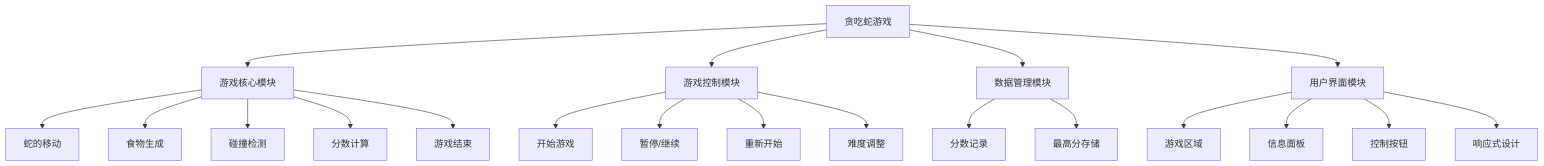
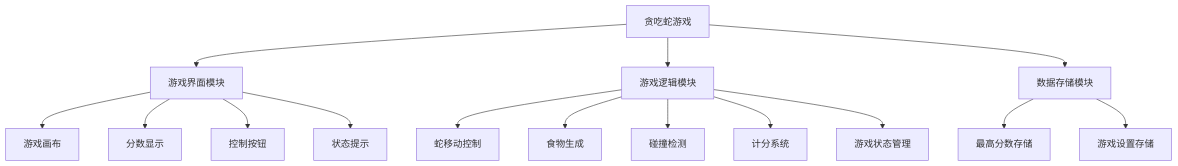
The first of 5 diagrams in 贪吃蛇游戏/需求管理/需求文档主文档/需求文档.md (BLACKck/PDdocs), drawn with Mermaid before and after one commit. The commit also changed other lines of this file and 95 other files, not shown here.

````diff
--- a/贪吃蛇游戏/需求管理/需求文档主文档/需求文档.md
+++ b/贪吃蛇游戏/需求管理/需求文档主文档/需求文档.md
@@ -29,26 +198,20 @@
 ```mermaid
 graph TD
-    A[贪吃蛇游戏] --> B[游戏核心模块]
-    A --> C[游戏控制模块]
-    A --> D[数据管理模块]
-    A --> E[用户界面模块]
+    A[贪吃蛇游戏] --> B[游戏界面模块]
+    A --> C[游戏逻辑模块]
+    A --> D[数据存储模块]
     
-    B --> B1[蛇的移动]
-    B --> B2[食物生成]
-    B --> B3[碰撞检测]
-    B --> B4[分数计算]
-    B --> B5[游戏结束]
+    B --> B1[游戏画布]
+    B --> B2[分数显示]
+    B --> B3[控制按钮]
+    B --> B4[状态提示]
     
-    C --> C1[开始游戏]
-    C --> C2[暂停/继续]
-    C --> C3[重新开始]
-    C --> C4[难度调整]
+    C --> C1[蛇移动控制]
+    C --> C2[食物生成]
+    C --> C3[碰撞检测]
+    C --> C4[计分系统]
+    C --> C5[游戏状态管理]
     
-    D --> D1[分数记录]
-    D --> D2[最高分存储]
-    
-    E --> E1[游戏区域]
-    E --> E2[信息面板]
-    E --> E3[控制按钮]
-    E --> E4[响应式设计]
+    D --> D1[最高分数存储]
+    D --> D2[游戏设置存储]
 ```
````
